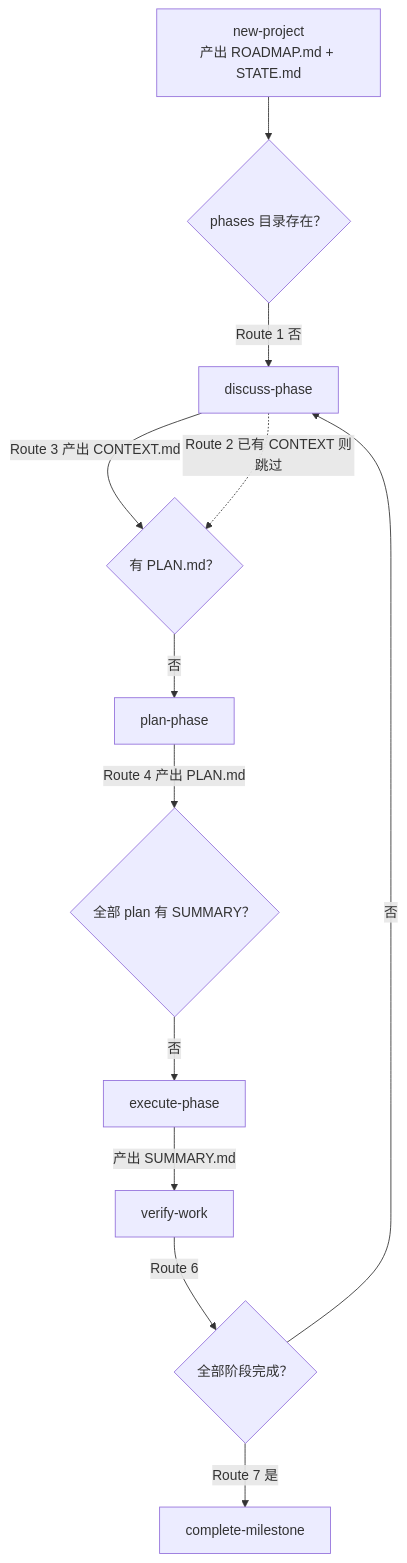
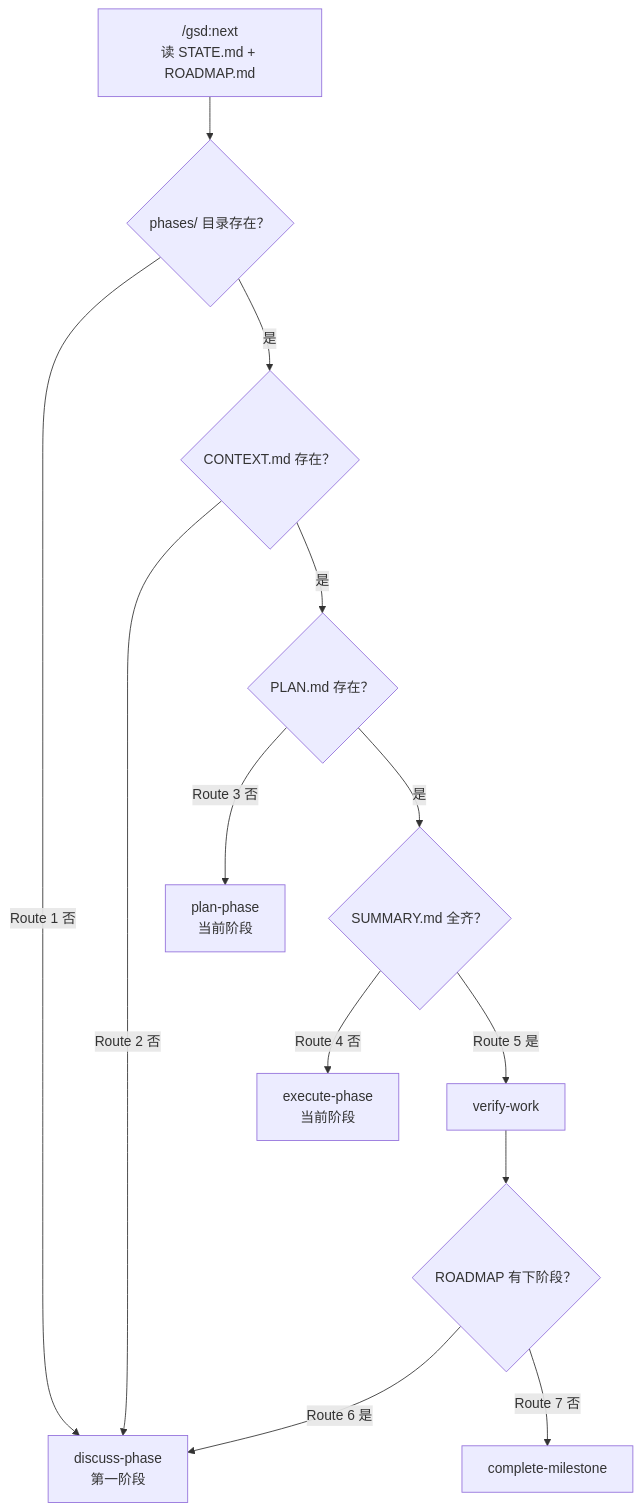
Before and after one commit to dantefung/nova-vault-studio: the second of 2 diagrams in docs/md/columns/get-shit-done-skills/index.md, drawn with Mermaid. The commit also changed other lines of this file and 101 other files, not shown here.

````diff
--- a/docs/md/columns/get-shit-done-skills/index.md
+++ b/docs/md/columns/get-shit-done-skills/index.md
@@ -151,14 +64,15 @@
 ```mermaid
 flowchart TD
-  A["new-project<br/>产出 ROADMAP.md + STATE.md"] --> B{"phases 目录存在？"}
-  B -->|"Route 1 否"| C["discuss-phase"]
-  C -->|"Route 3 产出 CONTEXT.md"| D{"有 PLAN.md？"}
-  D -->|"否"| E["plan-phase"]
-  E -->|"Route 4 产出 PLAN.md"| F{"全部 plan 有 SUMMARY？"}
-  F -->|"否"| G["execute-phase"]
-  G -->|"产出 SUMMARY.md"| H["verify-work"]
-  H -->|"Route 6"| I{"全部阶段完成？"}
-  I -->|"否"| C
-  I -->|"Route 7 是"| J["complete-milestone"]
-  C -.->|"Route 2 已有 CONTEXT 则跳过"| D
+  A["/gsd:next<br/>读 STATE.md + ROADMAP.md"] --> B{"phases/ 目录存在？"}
+  B -->|"Route 1 否"| C["discuss-phase<br/>第一阶段"]
+  B -->|"是"| D{"CONTEXT.md 存在？"}
+  D -->|"Route 2 否"| C
+  D -->|"是"| E{"PLAN.md 存在？"}
+  E -->|"Route 3 否"| F["plan-phase<br/>当前阶段"]
+  E -->|"是"| G{"SUMMARY.md 全齐？"}
+  G -->|"Route 4 否"| H["execute-phase<br/>当前阶段"]
+  G -->|"Route 5 是"| I["verify-work"]
+  I --> J{"ROADMAP 有下阶段？"}
+  J -->|"Route 6 是"| C
+  J -->|"Route 7 否"| K["complete-milestone"]
 ```
````
